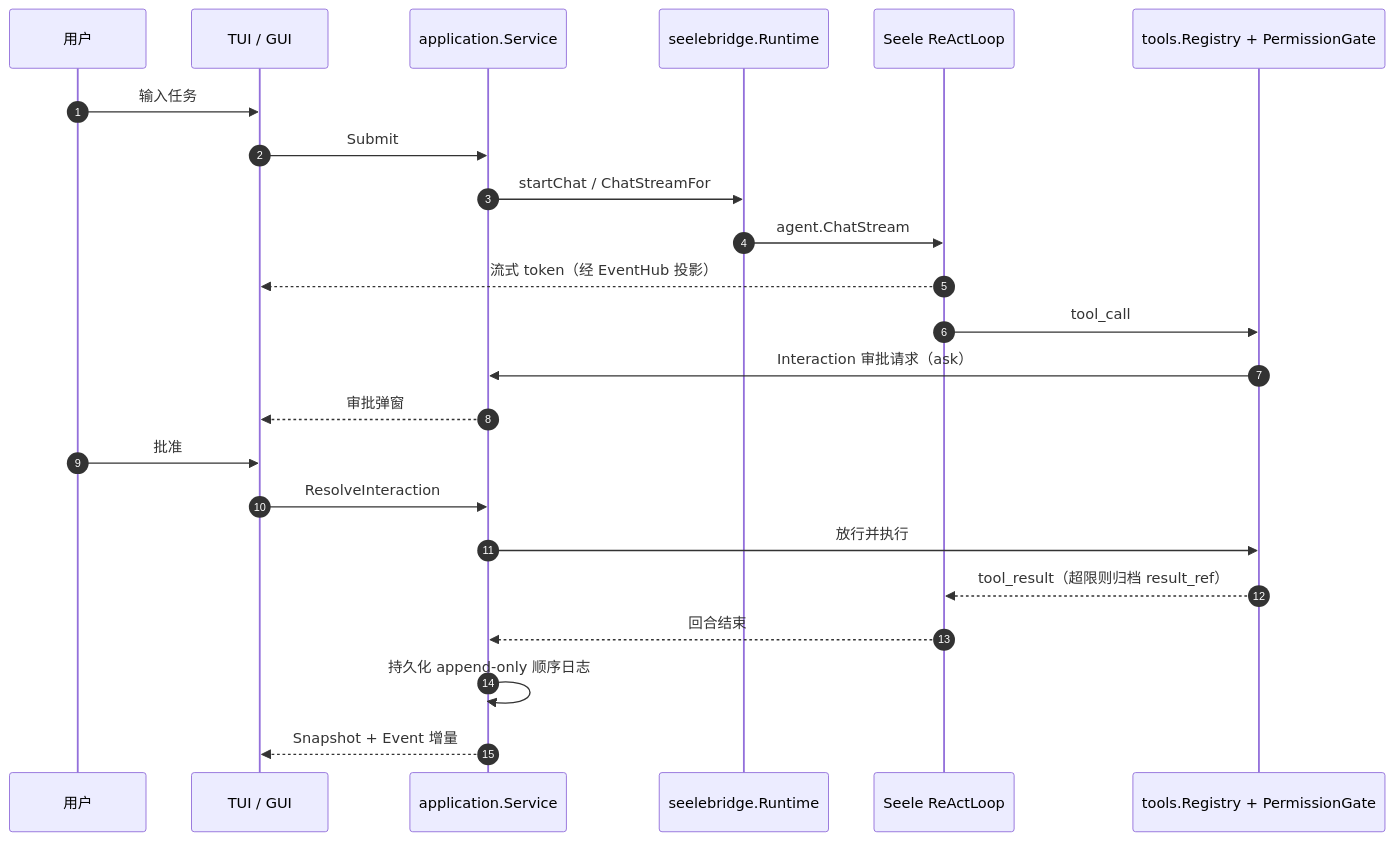
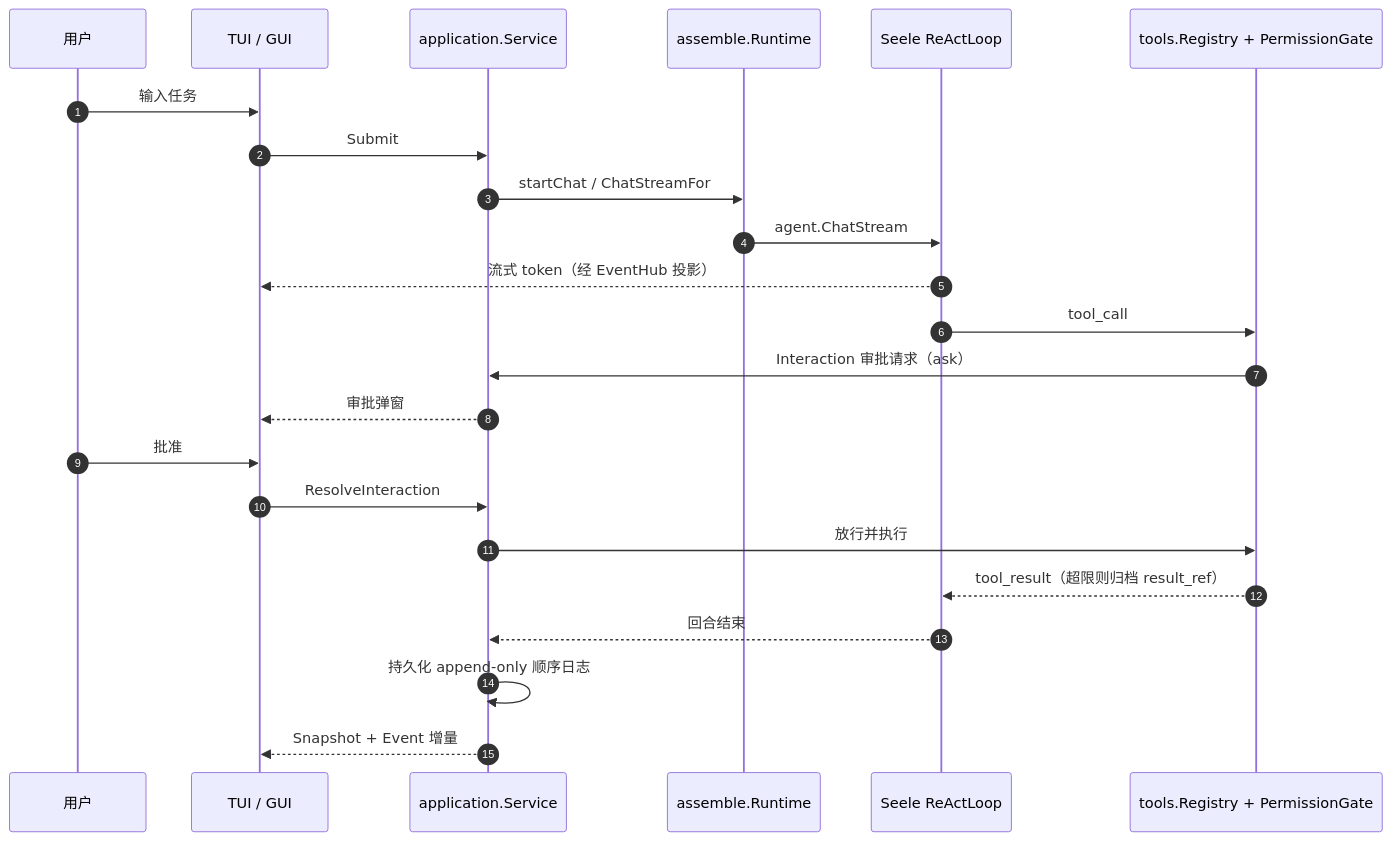
One commit to RedHuang-0622/seelex changed the third of 4 diagrams in README.md. Above: the diagram before and after it, drawn with Mermaid. The commit also changed other lines of this file and 28 other files, not shown here.

````diff
--- a/README.md
+++ b/README.md
@@ -182,26 +182,26 @@
 ```mermaid
 sequenceDiagram
     autonumber
     participant U as 用户
     participant F as TUI / GUI
     participant S as application.Service
-    participant R as seelebridge.Runtime
+    participant R as assemble.Runtime
     participant L as Seele ReActLoop
     participant T as tools.Registry + PermissionGate
 
     U->>F: 输入任务
     F->>S: Submit
     S->>R: startChat / ChatStreamFor
     R->>L: agent.ChatStream
     L-->>F: 流式 token（经 EventHub 投影）
     L->>T: tool_call
     T->>S: Interaction 审批请求（ask）
     S-->>F: 审批弹窗
     U->>F: 批准
     F->>S: ResolveInteraction
     S->>T: 放行并执行
     T-->>L: tool_result（超限则归档 result_ref）
     L-->>S: 回合结束
     S->>S: 持久化 append-only 顺序日志
     S-->>F: Snapshot + Event 增量
 ```
````
